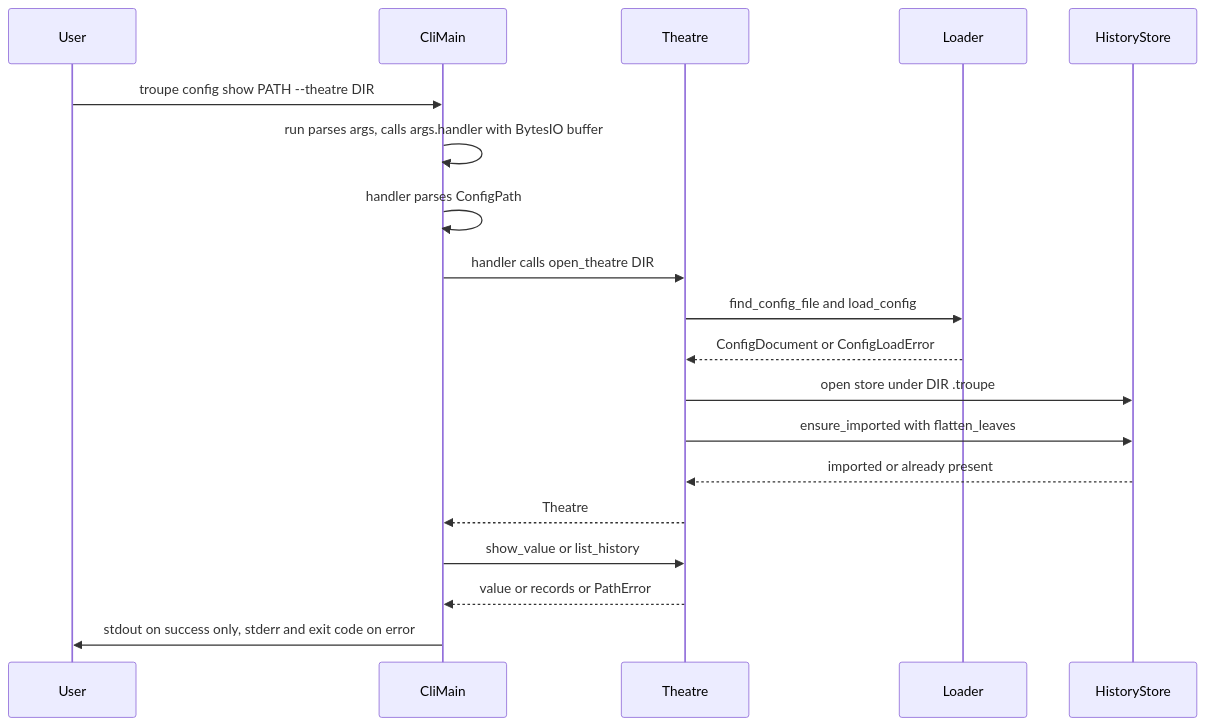
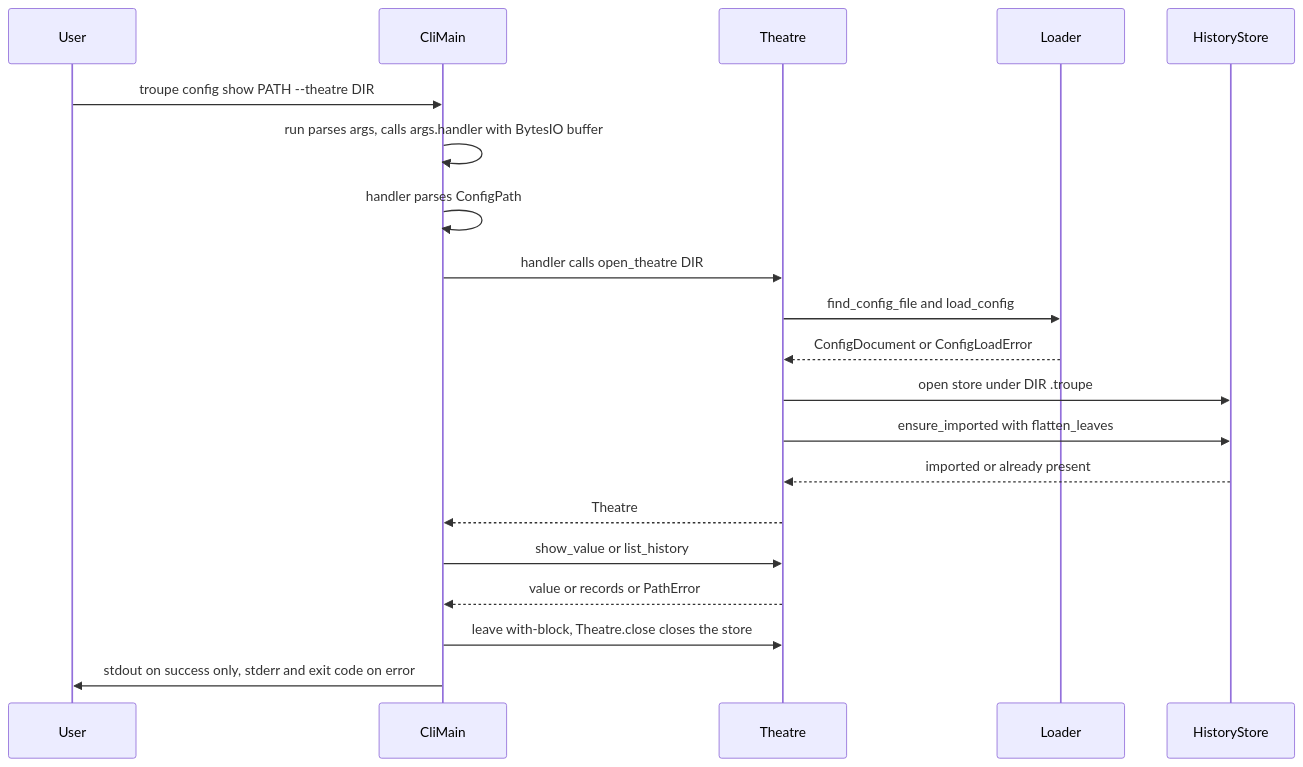
The second of 3 diagrams in .kiro/specs/config-foundation/design.md (troupe-run/bakeoff-specs-ccsdd-pass1), drawn with Mermaid before and after one commit. The commit also changed other lines of this file and 10 other files, not shown here.

````diff
--- a/.kiro/specs/config-foundation/design.md
+++ b/.kiro/specs/config-foundation/design.md
@@ -196,21 +200,22 @@
 ```mermaid
 sequenceDiagram
     participant U as User
     participant C as CliMain
     participant T as Theatre
     participant L as Loader
     participant S as HistoryStore
     U->>C: troupe config show PATH --theatre DIR
     C->>C: run parses args, calls args.handler with BytesIO buffer
     C->>C: handler parses ConfigPath
     C->>T: handler calls open_theatre DIR
     T->>L: find_config_file and load_config
     L-->>T: ConfigDocument or ConfigLoadError
     T->>S: open store under DIR .troupe
     T->>S: ensure_imported with flatten_leaves
     S-->>T: imported or already present
     T-->>C: Theatre
     C->>T: show_value or list_history
     T-->>C: value or records or PathError
+    C->>T: leave with-block, Theatre.close closes the store
     C->>U: stdout on success only, stderr and exit code on error
 ```
````
